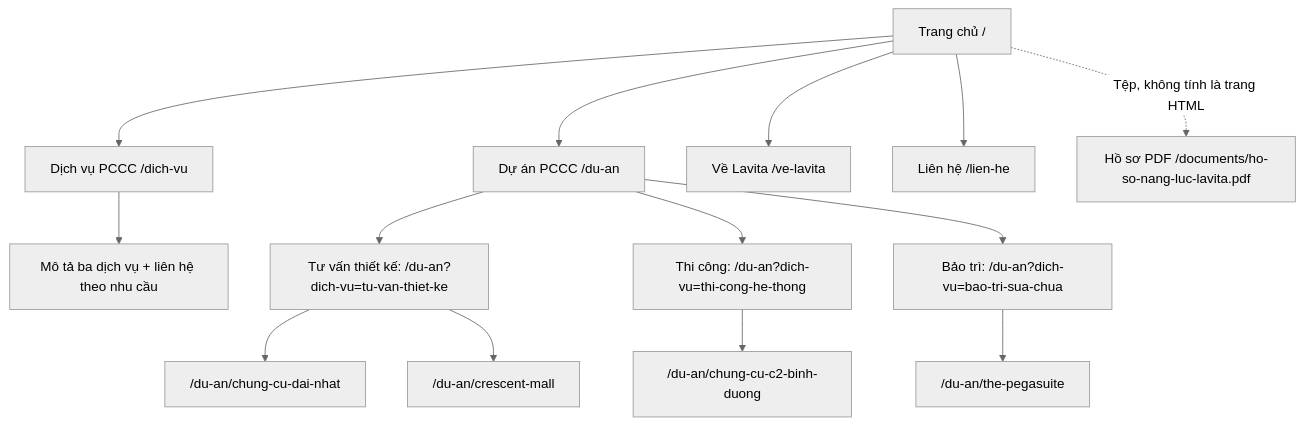
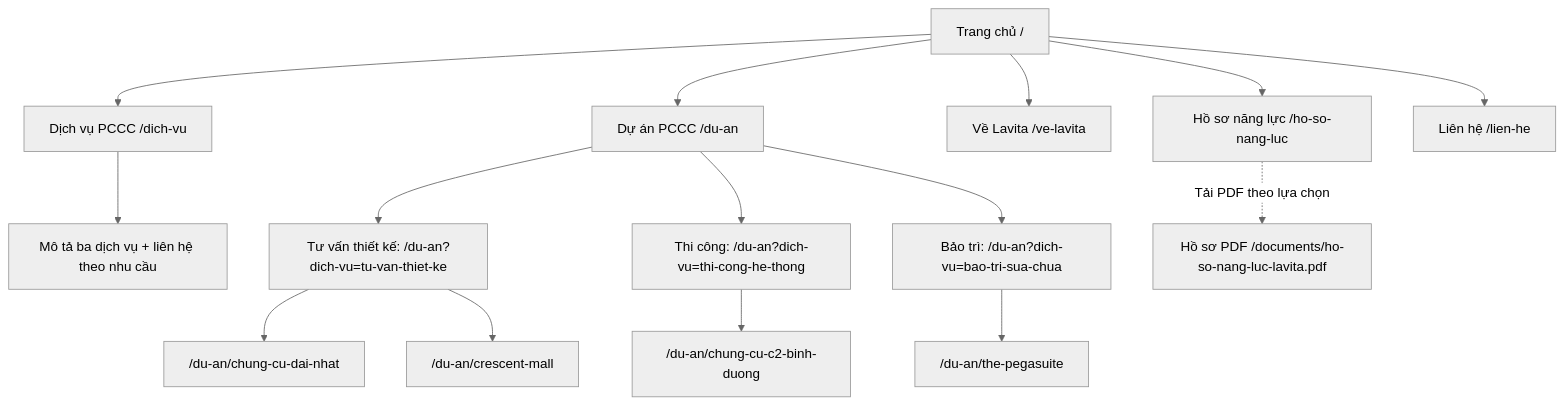
The first of 2 diagrams in information-architecture.md (hoangthi0607/LavitaLandingPage), drawn with Mermaid (neutral theme) before and after one commit. The commit also changed other lines of this file and 28 other files, not shown here.

````diff
--- a/information-architecture.md
+++ b/information-architecture.md
@@ -47,26 +47,27 @@
 ```mermaid
 flowchart TD
     H["Trang chủ /"]
     S["Dịch vụ PCCC /dich-vu"]
     SC["Mô tả ba dịch vụ + liên hệ theo nhu cầu"]
     P["Dự án PCCC /du-an"]
     PD["Tư vấn thiết kế: /du-an?dich-vu=tu-van-thiet-ke"]
     PI["Thi công: /du-an?dich-vu=thi-cong-he-thong"]
     PM["Bảo trì: /du-an?dich-vu=bao-tri-sua-chua"]
     P1["/du-an/chung-cu-dai-nhat"]
     P2["/du-an/crescent-mall"]
     P3["/du-an/chung-cu-c2-binh-duong"]
     P4["/du-an/the-pegasuite"]
     A["Về Lavita /ve-lavita"]
+    CP["Hồ sơ năng lực /ho-so-nang-luc"]
     C["Liên hệ /lien-he"]
     F["Hồ sơ PDF /documents/ho-so-nang-luc-lavita.pdf"]
     H --> S
     S --> SC
     H --> P
     P --> PD & PI & PM
     PD --> P1 & P2
     PI --> P3
     PM --> P4
-    H --> A & C
-    H -. "Tệp, không tính là trang HTML" .-> F
+    H --> A & C & CP
+    CP -. "Tải PDF theo lựa chọn" .-> F
 ```
````
